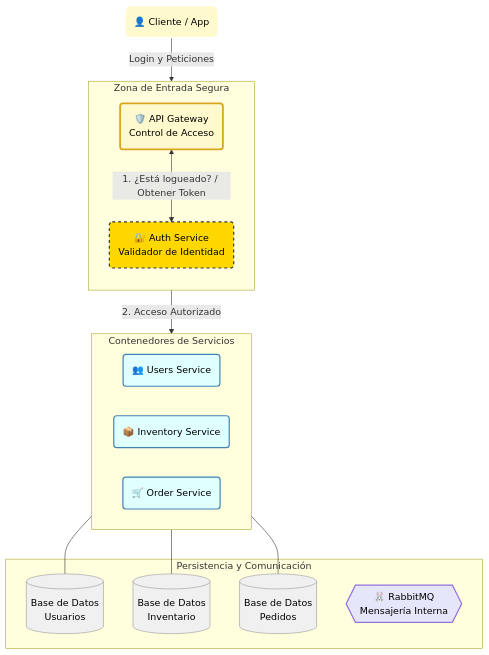
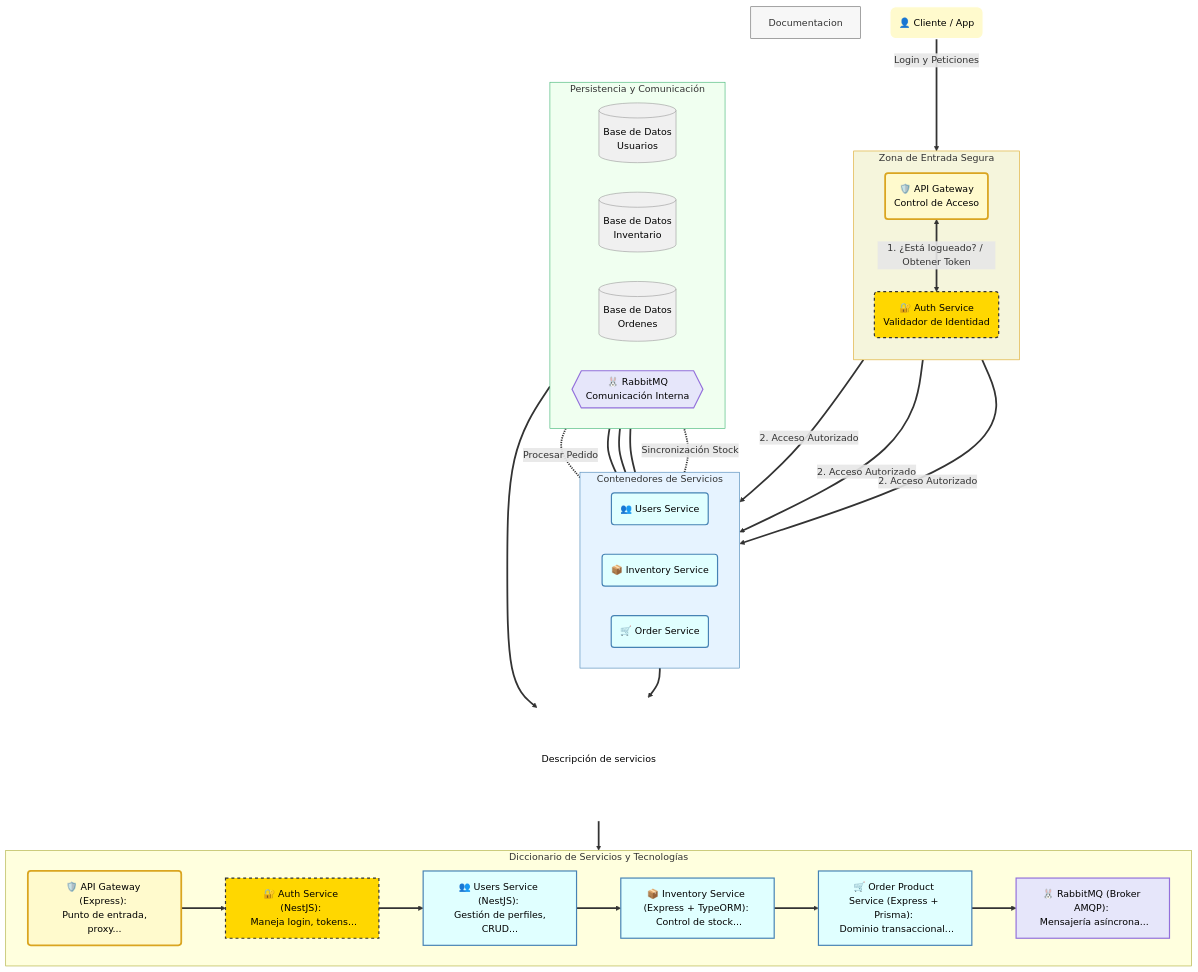
Before and after one commit to julinuzzo19/ecommerce-infra: the diagram in DIAGRAM.md, drawn with Mermaid.

Commit message:
feat: enhance architecture diagram with detailed service descriptions and connections

````diff
--- a/DIAGRAM.md
+++ b/DIAGRAM.md
@@ -1,36 +1,23 @@
 ```mermaid
 graph TD
     %% --- ESTILOS VISUALES (Colores y formas) ---
+    %% Usamos los estilos que ya definiste
     classDef cliente fill:#FFFACD,stroke:#fff,stroke-width:2px,rx:10,ry:10,color:#000;
     classDef gateway fill:#FFFACD,stroke:#DAA520,stroke-width:3px,rx:5,ry:5,color:#000;
     classDef auth fill:#FFD700,stroke:#333,stroke-width:2px,stroke-dasharray: 5 5,color:#000;
     classDef servicio fill:#E0FFFF,stroke:#4682B4,stroke-width:2px,color:#000;
     classDef db fill:#F0F0F0,stroke:#999,stroke-width:1px,color:#000;
     classDef msg fill:#E6E6FA,stroke:#9370DB,stroke-width:2px,color:#000;
+    
+    %% Estilos para los subgraphs (mejor definidos fuera de classDef)
+    style Entrada fill:#F5F5DC,stroke:#DAA520; 
+    style Negocio fill:#E6F3FF,stroke:#4682B4; 
+    style Datos fill:#F0FFF0,stroke:#3CB371; 
+    style Documentacion fill:#F7F7F7,stroke:#666; 
 
-
-
-    %% --- CAPA DE NEGOCIO (Microservicios) ---
-    subgraph Negocio [Contenedores de Servicios]
-        direction LR
-        UserService(👥 Users Service):::servicio
-        InvService(📦 Inventory Service):::servicio
-        OrderService(🛒 Order Service):::servicio
-    end
-
-    %% El Gateway distribuye el tráfico YA validado
-    GW -->|2. Acceso Autorizado| Negocio
-    %%GW -->|2. Acceso Autorizado| InvService
-    %%GW -->|2. Acceso Autorizado| OrderService
-
-    %% ---  CAPA DE DATOS Y MENSAJERIA ---
-    subgraph Datos [Persistencia y Comunicación]
-        DB_Users[(Base de Datos<br/>Usuarios)]:::db
-        DB_Inv[(Base de Datos<br/>Inventario)]:::db
-        DB_Order[(Base de Datos<br/>Pedidos)]:::db
-        Rabbit{{🐰 RabbitMQ<br/>Mensajería Interna}}:::msg
-    end
-
+    %% =========================================================
+    %% ============= 1. DIAGRAMA DE ARQUITECTURA (TD) ==========
+    %% =========================================================
 
     %% --- CAPA DE CLIENTE ---
     User(👤 Cliente / App):::cliente
@@ -40,20 +27,87 @@
         direction TB
         GW(🛡️ API Gateway<br/>Control de Acceso):::gateway
         AuthService(🔐 Auth Service<br/>Validador de Identidad):::auth
+        GW <-->|1. ¿Está logueado? / Obtener Token| AuthService
+        linkStyle 0 stroke-width:3px;
     end
+    User -->|Login y Peticiones| GW
+    linkStyle 1 stroke-width:3px;
+    
+    %% --- CAPA DE NEGOCIO (Microservicios) ---
+    subgraph Negocio [Contenedores de Servicios]
+        direction LR %% Mantiene los servicios horizontales
+        UserService(👥 Users Service):::servicio
+        InvService(📦 Inventory Service):::servicio
+        OrderService(🛒 Order Service):::servicio
+    end
+    
+    GW -->|2. Acceso Autorizado| UserService
+    GW -->|2. Acceso Autorizado| InvService
+    GW -->|2. Acceso Autorizado| OrderService
+    linkStyle 2 stroke-width:3px;
+    linkStyle 3 stroke-width:3px;
+    linkStyle 4 stroke-width:3px;
 
-    %% Conexión Cliente -> Gateway
-    User -->|Login y Peticiones| GW
 
-    %% Interacción Gateway <-> Auth (El loop de seguridad)
-    GW <-->|1. ¿Está logueado? / Obtener Token| AuthService
-
-    %% Conexiones a BD
+    %% --- CAPA DE DATOS Y MENSAJERIA ---
+    subgraph Datos [Persistencia y Comunicación]
+        direction LR %% Mantiene los DBs y RabbitMQ horizontales
+        DB_Users[(Base de Datos<br/>Usuarios)]:::db
+        DB_Inv[(Base de Datos<br/>Inventario)]:::db
+        DB_Order[(Base de Datos<br/>Ordenes)]:::db
+        Rabbit{{🐰 RabbitMQ<br/>Comunicación Interna}}:::msg
+    end
+    
     UserService --- DB_Users
     InvService --- DB_Inv
     OrderService --- DB_Order
+    linkStyle 5 stroke-width:3px;
+    linkStyle 6 stroke-width:3px;
+    linkStyle 7 stroke-width:3px;
+    
+    InvService -.- |Sincronización Stock| Rabbit
+    Rabbit -.- |Procesar Pedido| OrderService
+    linkStyle 8 stroke-width:3px;
+    linkStyle 9 stroke-width:3px;
+    
+    %% NODO SEPARADOR INVISIBLE
+    FIN_ARQUITECTURA((Descripción de servicios))
+    style FIN_ARQUITECTURA fill:#fff, stroke:#fff, color:#000
 
-    %% Comunicación Asíncrona (Inventario <-> Pedidos)
-    %% InvService -.- |Sincronización Stock| Rabbit
-    %% Rabbit -.- |Procesar Pedido| OrderService
+
+    OrderService --> FIN_ARQUITECTURA
+    DB_Order --> FIN_ARQUITECTURA
+    linkStyle 10 stroke-width:3px;
+    linkStyle 11 stroke-width:3px;
+    
+    FIN_ARQUITECTURA --> DOCUMENTACION
+    linkStyle 12 stroke-width:3px;
+
+    %% =========================================================
+    %% ============= 2. DICCIONARIO DE SERVICIOS (LR) ==========
+    %% =========================================================
+
+    subgraph DOCUMENTACION [Diccionario de Servicios y Tecnologías]
+        direction LR %% El diccionario se dibuja horizontalmente
+        
+        D_GW["🛡️ API Gateway (Express): <br/> Punto de entrada, proxy..."]:::gateway
+        D_Auth["🔐 Auth Service (NestJS): <br/> Maneja login, tokens..."]:::auth
+        D_Users["👥 Users Service (NestJS): <br/> Gestión de perfiles, CRUD..."]:::servicio
+        D_Inv["📦 Inventory Service (Express + TypeORM): <br/> Control de stock..."]:::servicio
+        D_Order["🛒 Order Product Service (Express + Prisma): <br/> Dominio transaccional..."]:::servicio
+        D_Rabbit["🐰 RabbitMQ (Broker AMQP): <br/> Mensajería asíncrona..."]:::msg
+        
+        %% Conexiones internas para forzar el orden (horizontal)
+        D_GW --> D_Auth
+        D_Auth --> D_Users
+        D_Users --> D_Inv
+        D_Inv --> D_Order
+        D_Order --> D_Rabbit
+        linkStyle 13 stroke-width:3px;
+        linkStyle 14 stroke-width:3px;
+        linkStyle 15 stroke-width:3px;
+        linkStyle 16 stroke-width:3px;
+        linkStyle 17 stroke-width:3px;
+        
+    end
 ```
````
